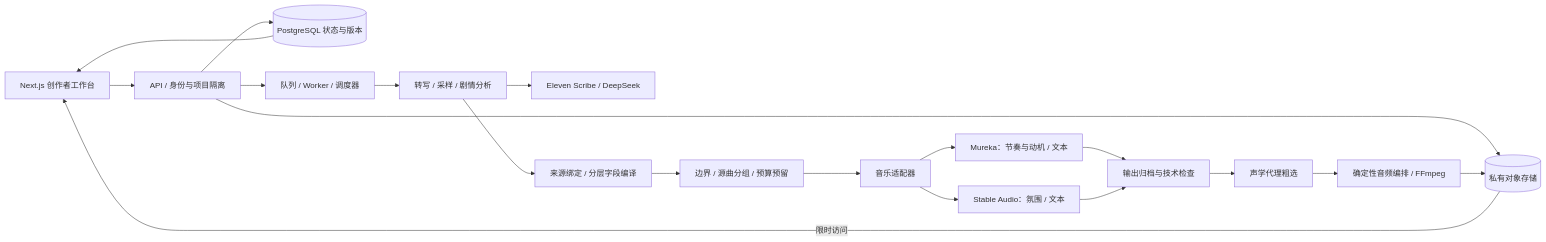
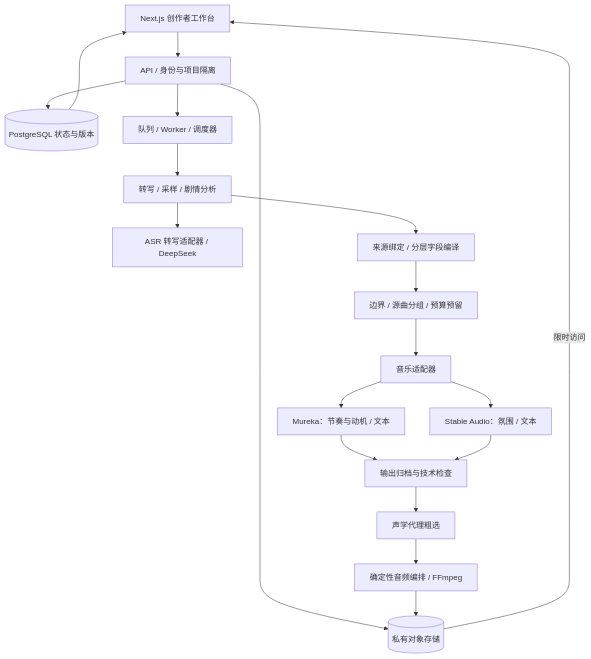
Before and after one commit to Dehydration630/leitcue-demo: the second of 4 diagrams in docs/ARCHITECTURE.md, drawn with Mermaid. The commit also changed other lines of this file and 4 other files, not shown here.

Commit message:
Improve readable product flow and layered architecture diagrams

````diff
--- a/docs/ARCHITECTURE.md
+++ b/docs/ARCHITECTURE.md
@@ -28,21 +44,21 @@
 ```mermaid
-flowchart LR
+flowchart TB
   UI[Next.js 创作者工作台] --> API[API / 身份与项目隔离]
   API --> DB[(PostgreSQL 状态与版本)]
   API --> OBJ[(私有对象存储)]
   API --> Q[队列 / Worker / 调度器]
   Q --> Analysis[转写 / 采样 / 剧情分析]
-  Analysis --> LLM[Eleven Scribe / DeepSeek]
+  Analysis --> LLM[ASR 转写适配器 / DeepSeek]
   Analysis --> Fields[来源绑定 / 分层字段编译]
   Fields --> Plan[边界 / 源曲分组 / 预算预留]
   Plan --> Adapter[音乐适配器]
   Adapter --> M[Mureka：节奏与动机 / 文本]
   Adapter --> S[Stable Audio：氛围 / 文本]
   M --> Ingest[输出归档与技术检查]
   S --> Ingest
   Ingest --> Sel[声学代理粗选]
   Sel --> FF[确定性音频编排 / FFmpeg]
   FF --> OBJ
   DB --> UI
   OBJ -->|限时访问| UI
 ```
````
